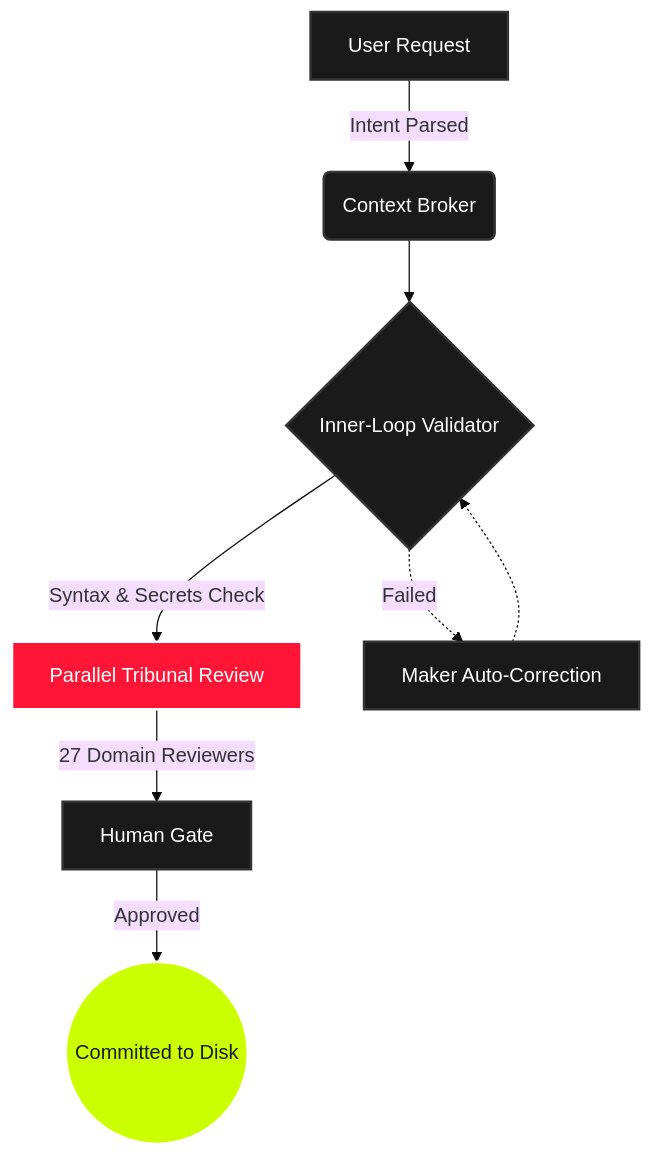
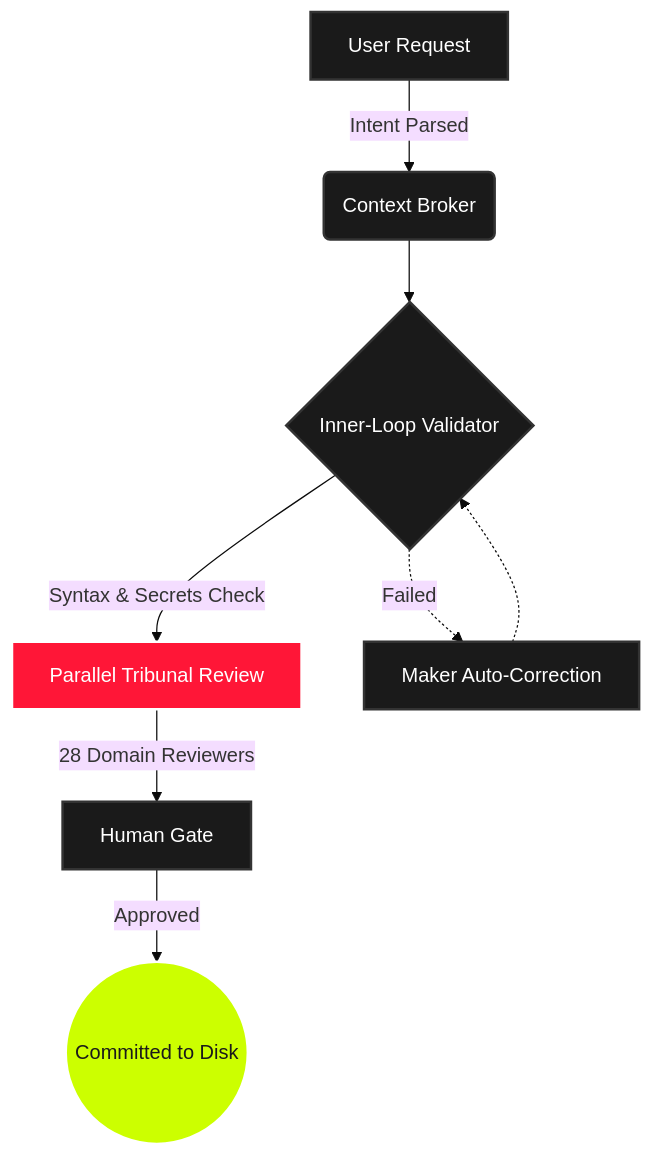
Before and after one commit to Harmitx7/tribunal-kit: the diagram in README.md, drawn with Mermaid (base theme). The commit also changed other lines of this file and 411 other files, not shown here.

````diff
--- a/README.md
+++ b/README.md
@@ -237,19 +240,19 @@
 ```mermaid
 graph TD
     A[User Request] -->|Intent Parsed| B(Context Broker)
     B --> C{Inner-Loop Validator}
 
     C -->|Syntax & Secrets Check| D[Parallel Tribunal Review]
     C -.->|Failed| E[Maker Auto-Correction]
     E -.-> C
 
-    D -->|27 Domain Reviewers| F[Human Gate]
+    D -->|28 Domain Reviewers| F[Human Gate]
     F -->|Approved| G((Committed to Disk))
 
     classDef default fill:#1a1a1a,stroke:#333,stroke-width:2px,color:#fff;
     classDef critical fill:#ff1637,stroke:#fff,stroke-width:2px,color:#fff;
     classDef success fill:#ccff00,stroke:#fff,stroke-width:2px,color:#1a1a1a;
 
     class D critical;
     class G success;
 ```
````
